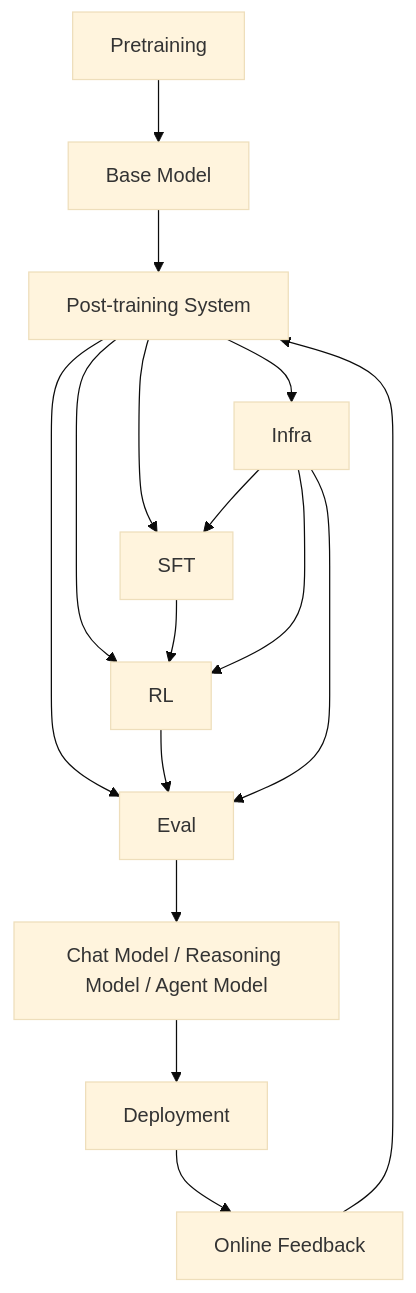
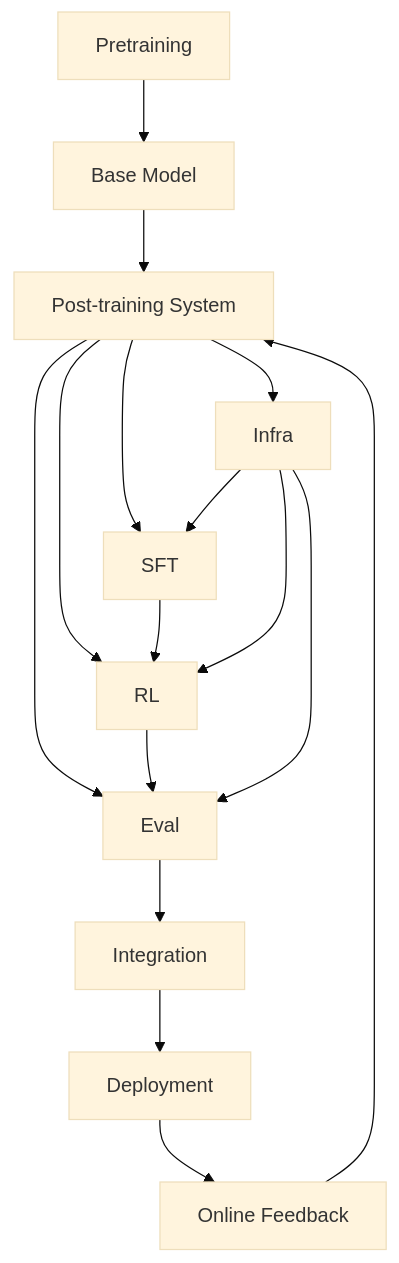
Before and after one commit to 7Hu0v0/lets_build_an_llm: the diagram in references/01_pipeline/01g_post_training.md, drawn with Mermaid (base theme).

````diff
--- a/references/01_pipeline/01g_post_training.md
+++ b/references/01_pipeline/01g_post_training.md
@@ -71,21 +71,21 @@
 ```mermaid
 flowchart TD
     A[Pretraining] --> B[Base Model]
     B --> C[Post-training System]
 
     C --> D1[SFT]
     C --> D2[RL]
     C --> D3[Eval]
     C --> D4[Infra]
 
     D1 --> D2
     D2 --> D3
     D4 --> D1
     D4 --> D2
     D4 --> D3
 
-    D3 --> E[Chat Model / Reasoning Model / Agent Model]
+    D3 --> E[Integration]
     E --> F[Deployment]
     F --> G[Online Feedback]
     G --> C
 ```
````
